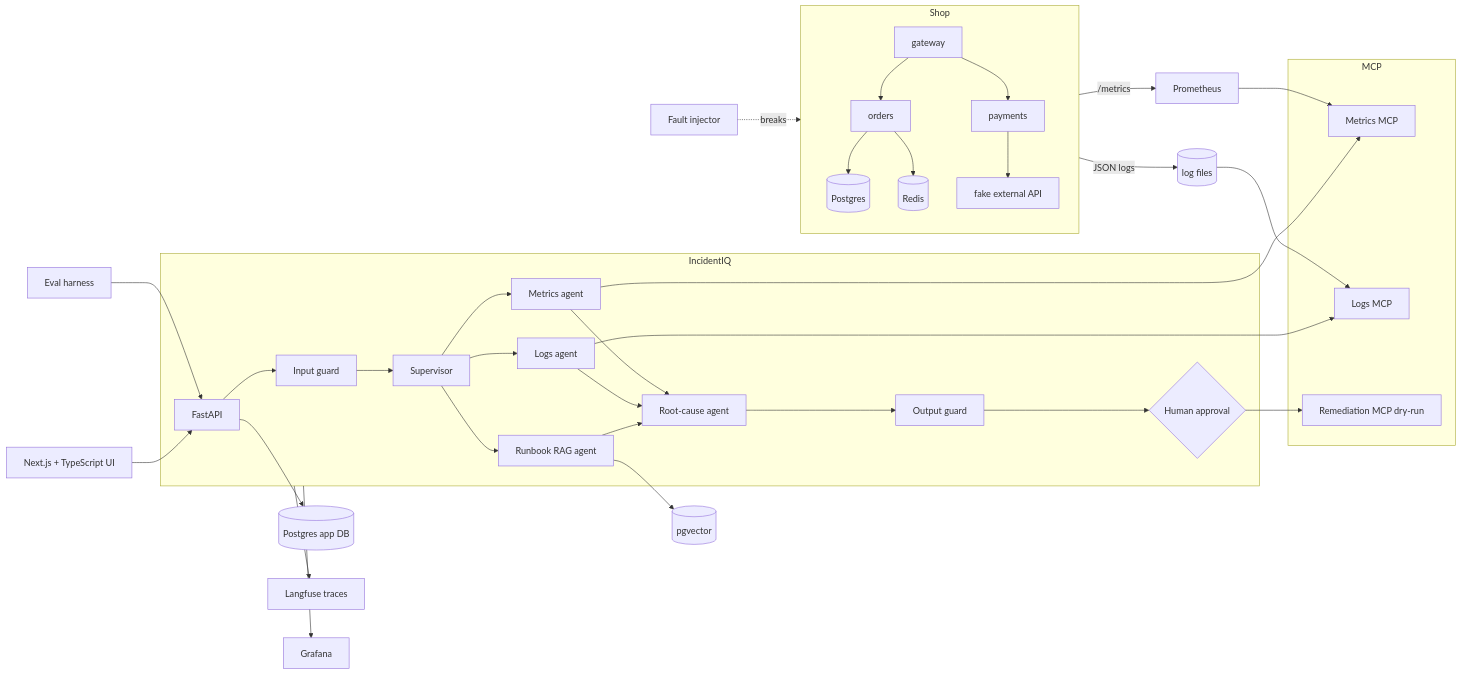
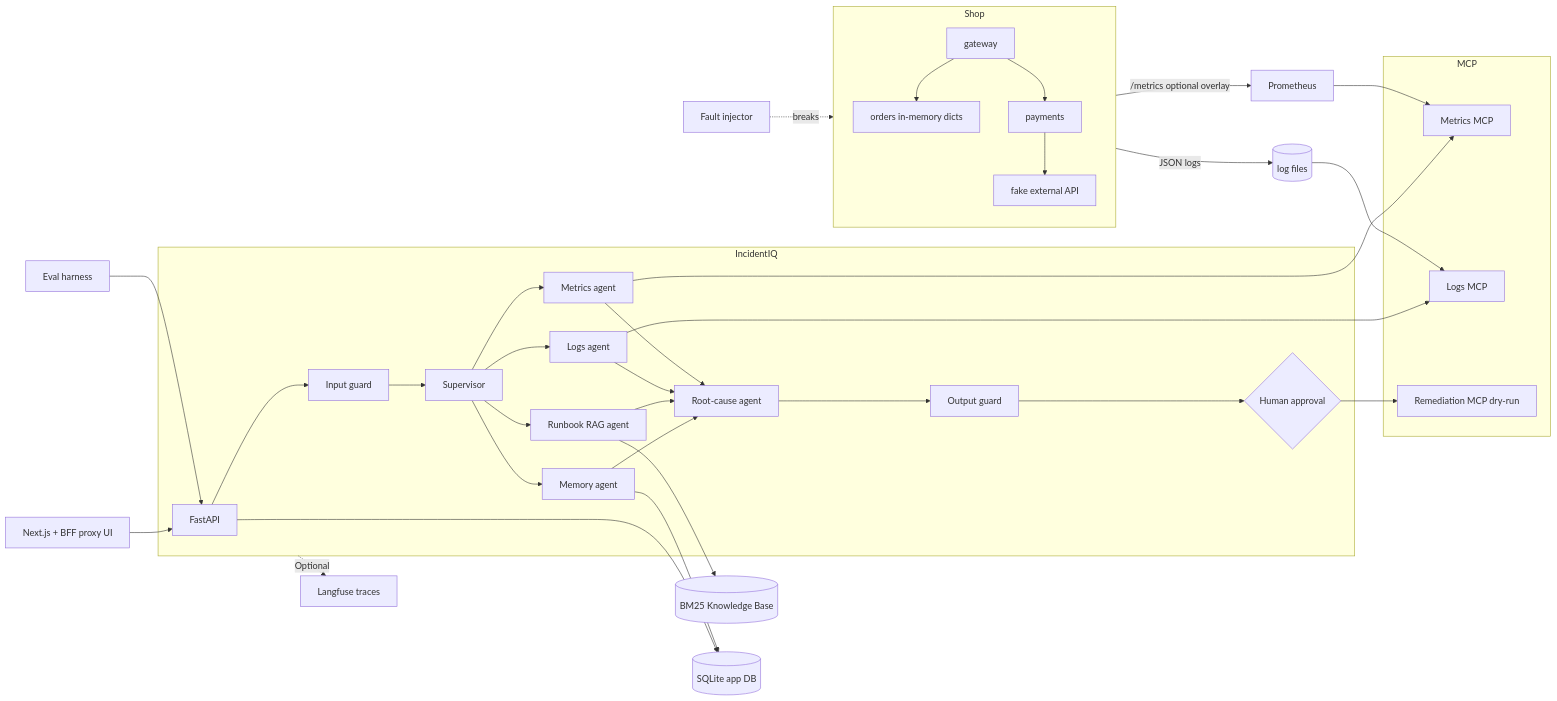
Before and after one commit to MayankV004/incidentiq: the first of 2 diagrams in docs/02_ARCHITECTURE.md, drawn with Mermaid. The commit also changed 7 other files, not shown here.

Commit message:
docs: update architecture, database schema, API spec, and agent design for episodic memory and feedback integration

````diff
--- a/docs/02_ARCHITECTURE.md
+++ b/docs/02_ARCHITECTURE.md
@@ -14,43 +14,43 @@
 ```mermaid
 flowchart LR
   subgraph Shop
-    GW[gateway] --> ORD[orders]
+    GW[gateway] --> ORD[orders in-memory dicts]
     GW --> PAY[payments]
-    ORD --> PG[(Postgres)]
-    ORD --> RD[(Redis)]
     PAY --> EXT[fake external API]
   end
-  Shop -->|/metrics| PROM[Prometheus]
+  Shop -->|/metrics optional overlay| PROM[Prometheus]
   Shop -->|JSON logs| LOGS[(log files)]
   FI[Fault injector] -.breaks.-> Shop
 
   subgraph MCP
     MM[Metrics MCP]
     LM[Logs MCP]
     RM[Remediation MCP dry-run]
   end
   PROM --> MM
   LOGS --> LM
 
   subgraph IncidentIQ
     API[FastAPI] --> IG[Input guard]
     IG --> SUP[Supervisor]
     SUP --> MA[Metrics agent]
     SUP --> LA[Logs agent]
     SUP --> RA[Runbook RAG agent]
+    SUP --> MEM[Memory agent]
     MA --> RCA[Root-cause agent]
     LA --> RCA
     RA --> RCA
+    MEM --> RCA
     RCA --> OG[Output guard]
     OG --> HA{Human approval}
   end
   MA --> MM
   LA --> LM
   HA --> RM
-  RA --> VDB[(pgvector)]
-  API --> DB[(Postgres app DB)]
-  IncidentIQ --> LF[Langfuse traces]
-  IncidentIQ --> GR[Grafana]
+  RA --> KB[(BM25 Knowledge Base)]
+  MEM --> DB[(SQLite app DB)]
+  API --> DB
+  IncidentIQ -.->|Optional| LF[Langfuse traces]
   EV[Eval harness] --> API
-  UI[Next.js + TypeScript UI] --> API
+  UI[Next.js + BFF proxy UI] --> API
 ```
````
